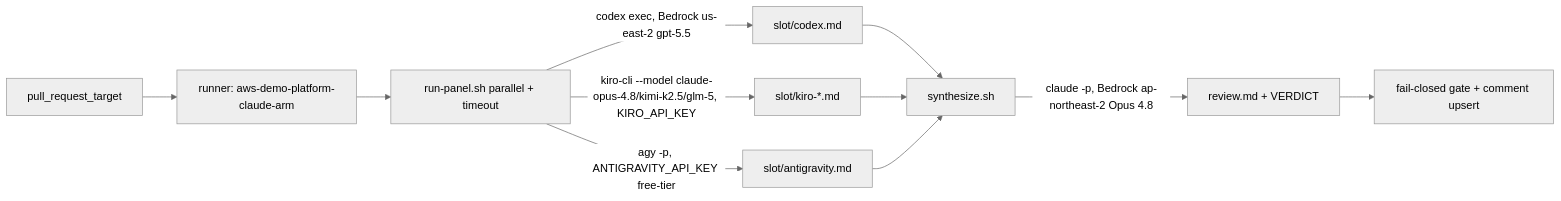
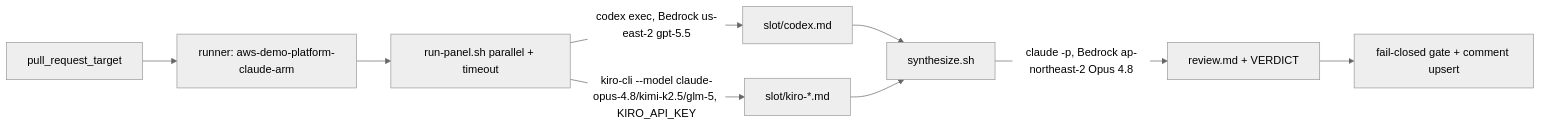
Before and after one commit to Atom-oh/AWS-Demo-Platform: the diagram in docs/decisions/ADR-007-multi-ai-pr-review-panel.md, drawn with Mermaid (neutral theme). The commit also changed other lines of this file and 23 other files, not shown here.

````diff
--- a/docs/decisions/ADR-007-multi-ai-pr-review-panel.md
+++ b/docs/decisions/ADR-007-multi-ai-pr-review-panel.md
@@ -25,13 +25,11 @@
 ```mermaid
 flowchart LR
   PR[pull_request_target] --> RUN[runner: aws-demo-platform-claude-arm]
   RUN --> P[run-panel.sh parallel + timeout]
   P -->|codex exec, Bedrock us-east-2 gpt-5.5| C[slot/codex.md]
   P -->|kiro-cli --model claude-opus-4.8/kimi-k2.5/glm-5, KIRO_API_KEY| K[slot/kiro-*.md]
-  P -->|agy -p, ANTIGRAVITY_API_KEY free-tier| A[slot/antigravity.md]
   C --> S[synthesize.sh]
   K --> S
-  A --> S
   S -->|claude -p, Bedrock ap-northeast-2 Opus 4.8| R[review.md + VERDICT]
   R --> G[fail-closed gate + comment upsert]
 ```
````
